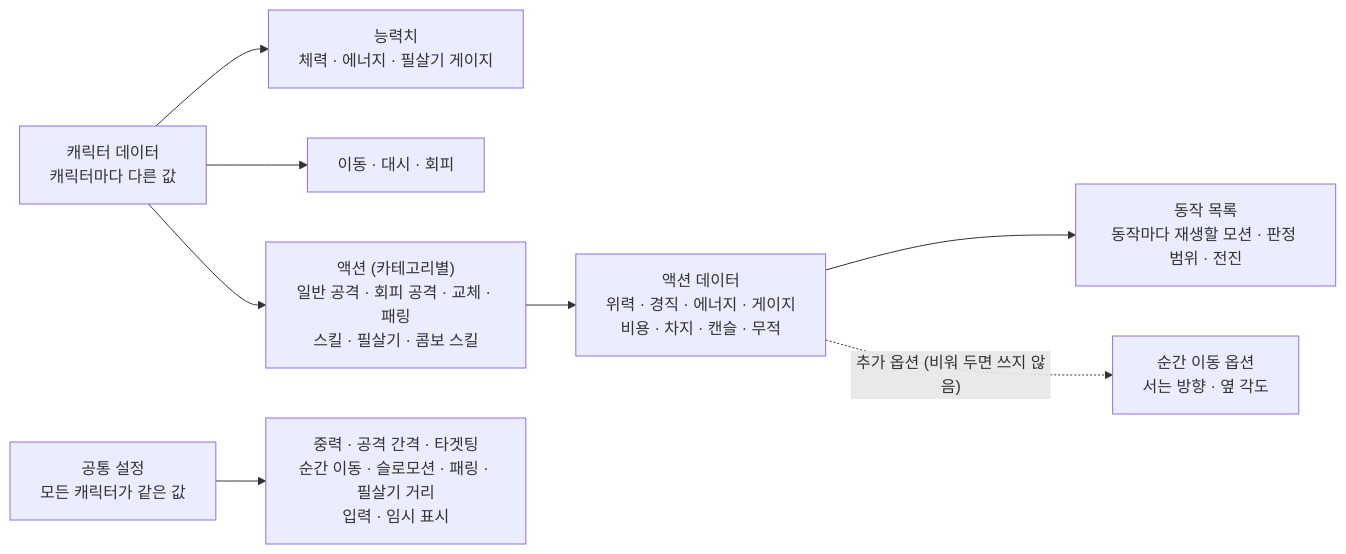
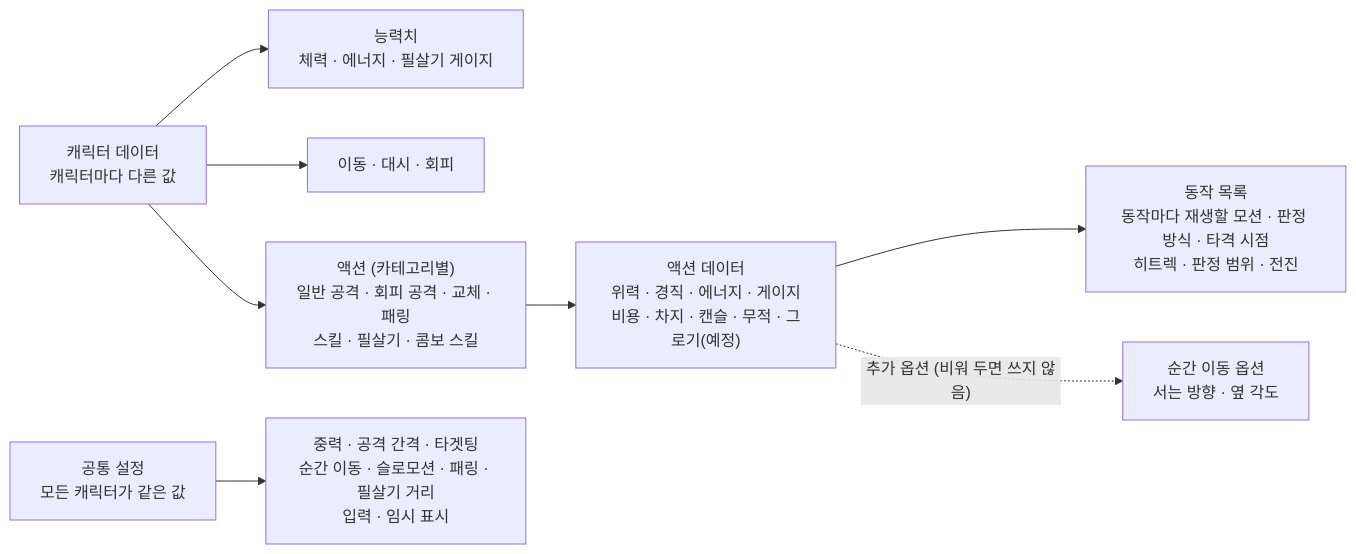
Before and after one commit to SquashPrince/Develrocket_mp15_HHH: the third of 5 diagrams in Docs/Technical/Player/PlayerStructure.md, drawn with Mermaid. The commit also changed other lines of this file and 5 other files, not shown here.

````diff
--- a/Docs/Technical/Player/PlayerStructure.md
+++ b/Docs/Technical/Player/PlayerStructure.md
@@ -66,10 +84,10 @@
 ```mermaid
 flowchart LR
     CH["캐릭터 데이터<br>캐릭터마다 다른 값"] --> STT["능력치<br>체력 · 에너지 · 필살기 게이지"]
     CH --> MV["이동 · 대시 · 회피"]
     CH --> AC["액션 (카테고리별)<br>일반 공격 · 회피 공격 · 교체 · 패링<br>스킬 · 필살기 · 콤보 스킬"]
-    AC --> AD["액션 데이터<br>위력 · 경직 · 에너지 · 게이지<br>비용 · 차지 · 캔슬 · 무적"]
-    AD --> STP["동작 목록<br>동작마다 재생할 모션 · 판정 범위 · 전진"]
+    AC --> AD["액션 데이터<br>위력 · 경직 · 에너지 · 게이지<br>비용 · 차지 · 캔슬 · 무적 · 그로기(예정)"]
+    AD --> STP["동작 목록<br>동작마다 재생할 모션 · 판정 방식 · 타격 시점<br>히트렉 · 판정 범위 · 전진"]
     AD -.->|"추가 옵션 (비워 두면 쓰지 않음)"| OP["순간 이동 옵션<br>서는 방향 · 옆 각도"]
     CS["공통 설정<br>모든 캐릭터가 같은 값"] --> R["중력 · 공격 간격 · 타겟팅<br>순간 이동 · 슬로모션 · 패링 · 필살기 거리<br>입력 · 임시 표시"]
 ```
````
